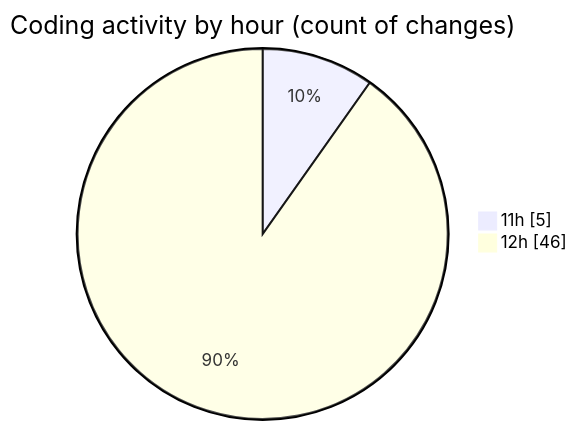
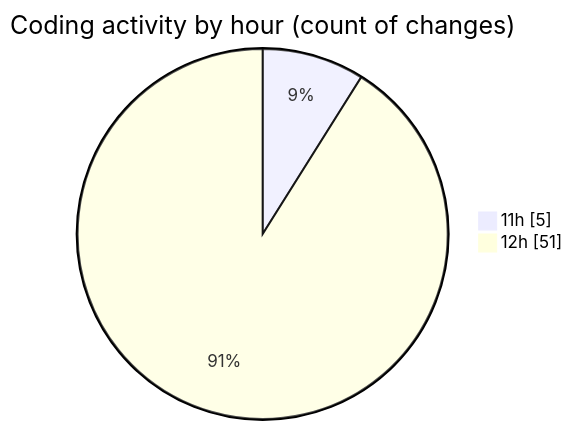
One commit to nxtqubesakshisongat/code-tracking changed the second of 2 diagrams in 2025-12-31/nxtqube_webapp/README.md. Above: the diagram before and after it, drawn with Mermaid. The commit also changed other lines of this file and 1 other file, not shown here.

````diff
--- a/2025-12-31/nxtqube_webapp/README.md
+++ b/2025-12-31/nxtqube_webapp/README.md
@@ -40,6 +41,6 @@
 ```mermaid
 pie showData
 title Coding activity by hour (count of changes)
 "11h" : 5
-"12h" : 46
+"12h" : 51
 ```
````
